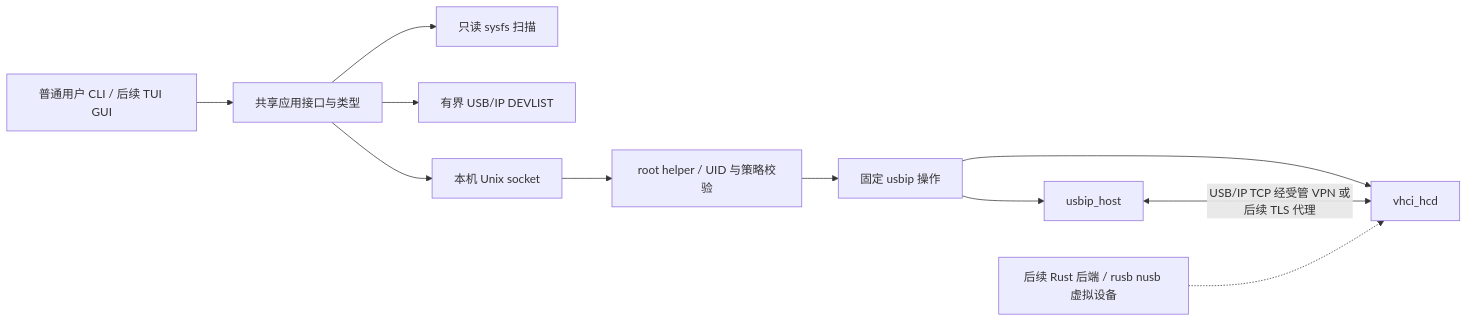
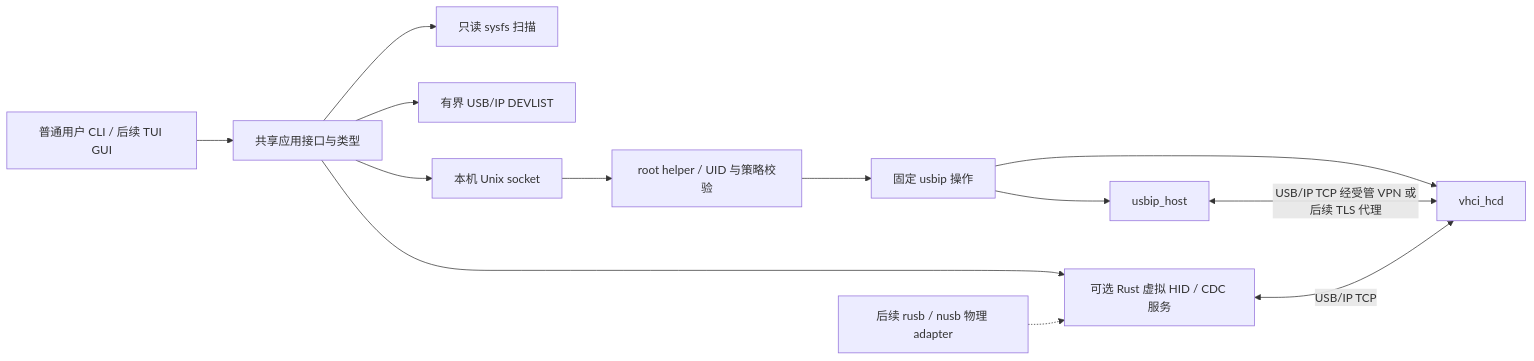
One commit to tiansongyu/usbip-client changed the diagram in docs/architecture.md. Above: the diagram before and after it, drawn with Mermaid. The commit also changed other lines of this file and 22 other files, not shown here.

````diff
--- a/docs/architecture.md
+++ b/docs/architecture.md
@@ -9,13 +9,15 @@
 ```mermaid
 flowchart LR
   CLI[普通用户 CLI / 后续 TUI GUI] --> Core[共享应用接口与类型]
   Core --> Scan[只读 sysfs 扫描]
   Core --> List[有界 USB/IP DEVLIST]
   Core --> IPC[本机 Unix socket]
   IPC --> Helper[root helper / UID 与策略校验]
   Helper --> Native[固定 usbip 操作]
   Native --> Host[usbip_host]
   Native --> VHCI[vhci_hcd]
   Host <-->|USB/IP TCP 经受管 VPN 或后续 TLS 代理| VHCI
-  Rust[后续 Rust 后端 / rusb nusb 虚拟设备] -.-> VHCI
+  Core --> Rust[可选 Rust 虚拟 HID / CDC 服务]
+  Rust <-->|USB/IP TCP| VHCI
+  Physical[后续 rusb / nusb 物理 adapter] -.-> Rust
 ```
````
